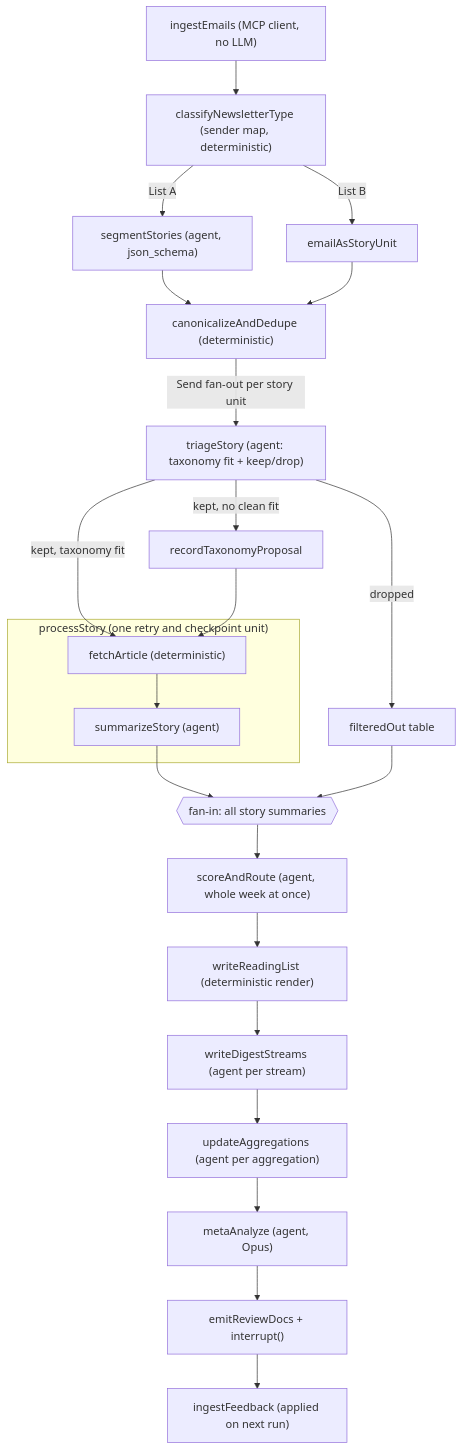
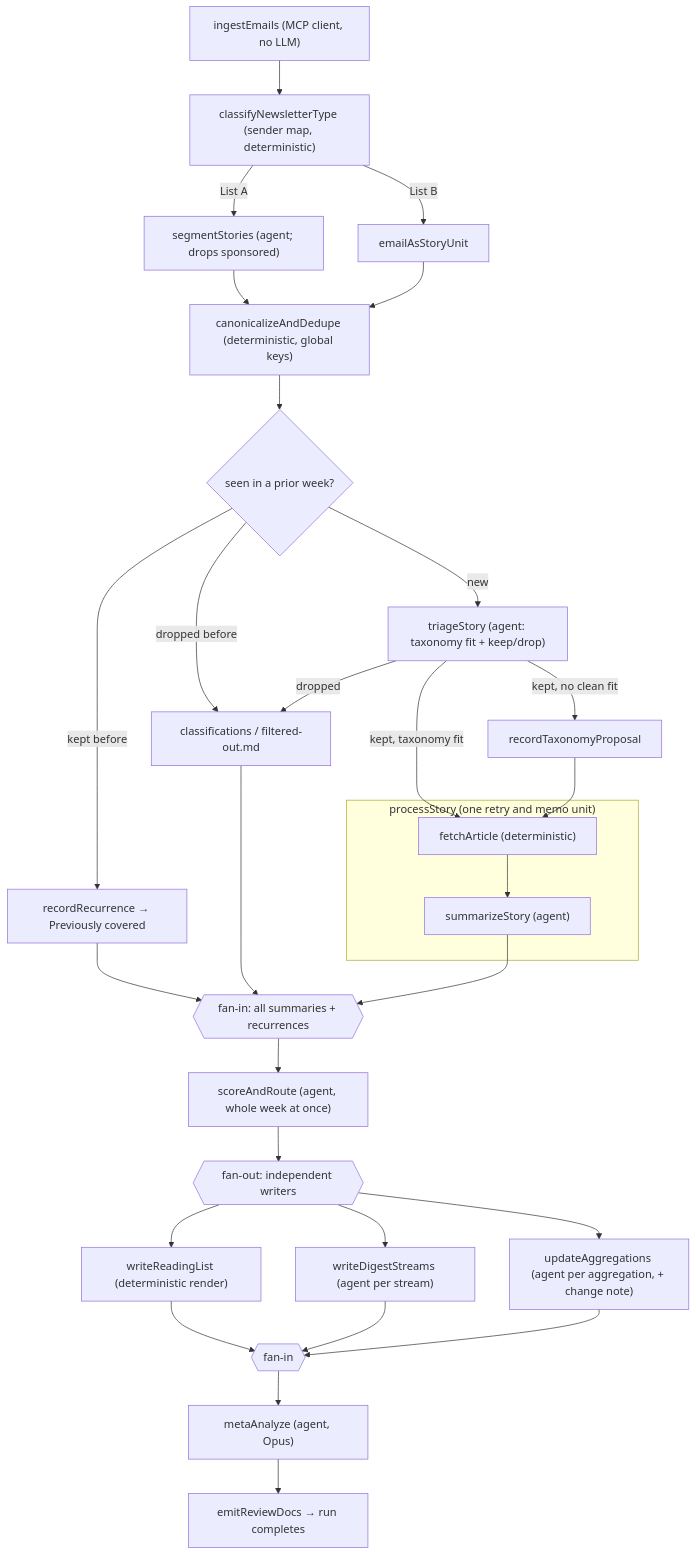
The diagram in newsletter-agent-phased-build-plan.md (vinnyhuang/newsletter-agent), drawn with Mermaid before and after one commit. The commit also changed other lines of this file, not shown here.

````diff
--- a/newsletter-agent-phased-build-plan.md
+++ b/newsletter-agent-phased-build-plan.md
@@ -24,25 +149,32 @@
 ```mermaid
 flowchart TD
   ingest["ingestEmails (MCP client, no LLM)"] --> classify["classifyNewsletterType (sender map, deterministic)"]
-  classify -->|"List A"| segment["segmentStories (agent, json_schema)"]
+  classify -->|"List A"| segment["segmentStories (agent; drops sponsored)"]
   classify -->|"List B"| whole["emailAsStoryUnit"]
-  segment --> dedupe["canonicalizeAndDedupe (deterministic)"]
+  segment --> dedupe["canonicalizeAndDedupe (deterministic, global keys)"]
   whole --> dedupe
-  dedupe -->|"Send fan-out per story unit"| triage["triageStory (agent: taxonomy fit + keep/drop)"]
-  triage -->|"dropped"| filtered["filteredOut table"]
+  dedupe --> recur{"seen in a prior week?"}
+  recur -->|"kept before"| prev["recordRecurrence → Previously covered"]
+  recur -->|"dropped before"| filtered
+  recur -->|"new"| triage["triageStory (agent: taxonomy fit + keep/drop)"]
+  triage -->|"dropped"| filtered["classifications / filtered-out.md"]
   triage -->|"kept, taxonomy fit"| fetch
   triage -->|"kept, no clean fit"| gap["recordTaxonomyProposal"]
   gap --> fetch
-  subgraph processStory ["processStory (one retry and checkpoint unit)"]
+  subgraph processStory ["processStory (one retry and memo unit)"]
     fetch["fetchArticle (deterministic)"] --> summarize["summarizeStory (agent)"]
   end
-  summarize --> converge{{"fan-in: all story summaries"}}
+  summarize --> converge{{"fan-in: all summaries + recurrences"}}
+  prev --> converge
   filtered --> converge
   converge --> score["scoreAndRoute (agent, whole week at once)"]
-  score --> readingList["writeReadingList (deterministic render)"]
-  readingList --> digests["writeDigestStreams (agent per stream)"]
-  digests --> aggs["updateAggregations (agent per aggregation)"]
-  aggs --> meta["metaAnalyze (agent, Opus)"]
-  meta --> review["emitReviewDocs + interrupt()"]
-  review --> feedback["ingestFeedback (applied on next run)"]
+  score --> tail{{"fan-out: independent writers"}}
+  tail --> readingList["writeReadingList (deterministic render)"]
+  tail --> digests["writeDigestStreams (agent per stream)"]
+  tail --> aggs["updateAggregations (agent per aggregation, + change note)"]
+  readingList --> tailIn{{"fan-in"}}
+  digests --> tailIn
+  aggs --> tailIn
+  tailIn --> meta["metaAnalyze (agent, Opus)"]
+  meta --> review["emitReviewDocs → run completes"]
 ```
````
